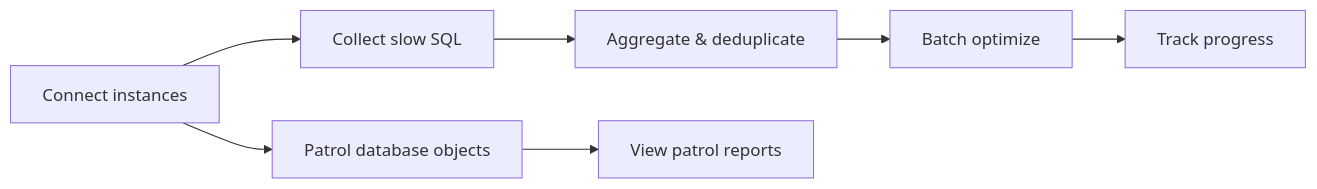
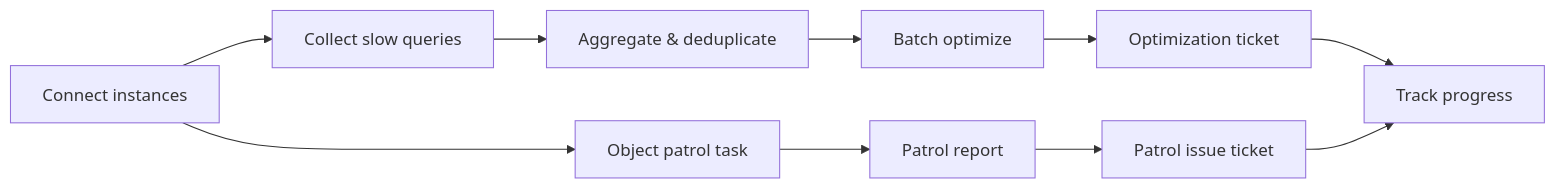
The diagram in docs/en/user-guide/performance/index.mdx (PawSQL/pawsql-docs-mantlify), drawn with Mermaid before and after one commit. The commit also changed other lines of this file and 19 other files, not shown here.

````diff
--- a/docs/en/user-guide/performance/index.mdx
+++ b/docs/en/user-guide/performance/index.mdx
@@ -48,9 +63,12 @@
 ```mermaid
 flowchart LR
-    A["Connect instances"] --> B["Collect slow SQL"]
-    A --> C["Patrol database objects"]
+    A["Connect instances"] --> B["Collect slow queries"]
+    A --> C["Object patrol task"]
     B --> D["Aggregate & deduplicate"]
     D --> E["Batch optimize"]
-    C --> F["View patrol reports"]
-    E --> G["Track progress"]
+    E --> F["Optimization ticket"]
+    C --> G["Patrol report"]
+    G --> H["Patrol issue ticket"]
+    F --> I["Track progress"]
+    H --> I
 ```
````
